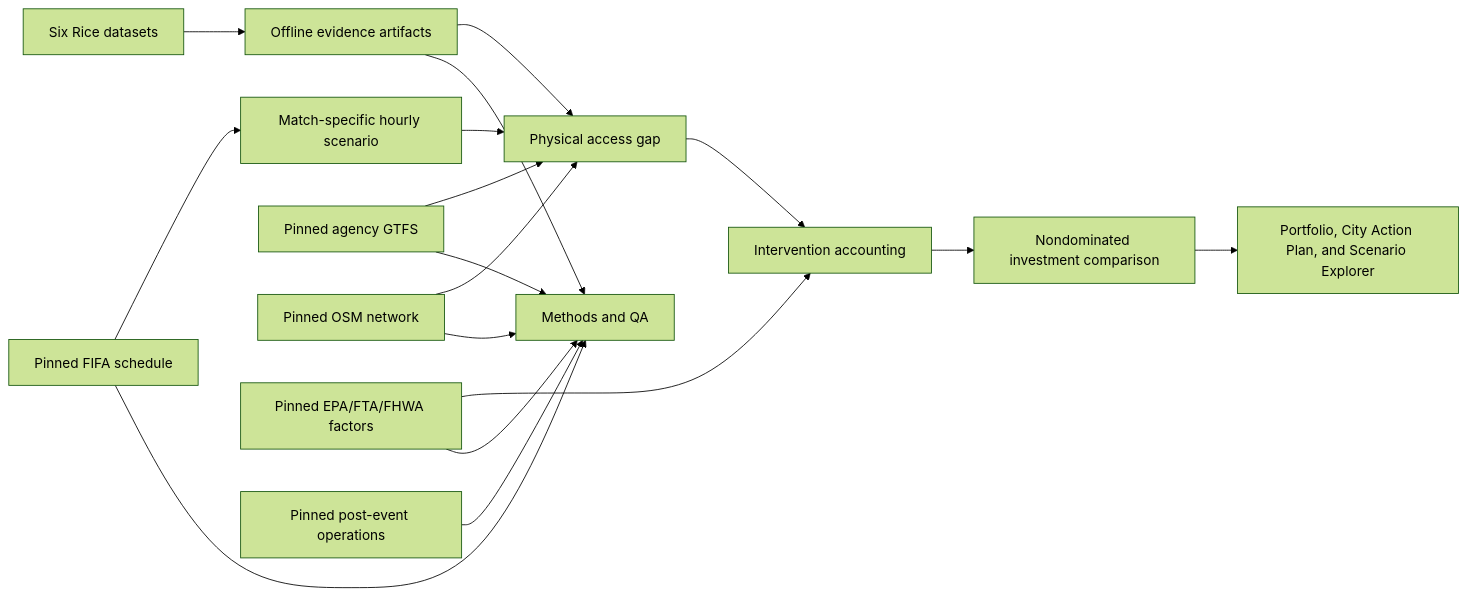
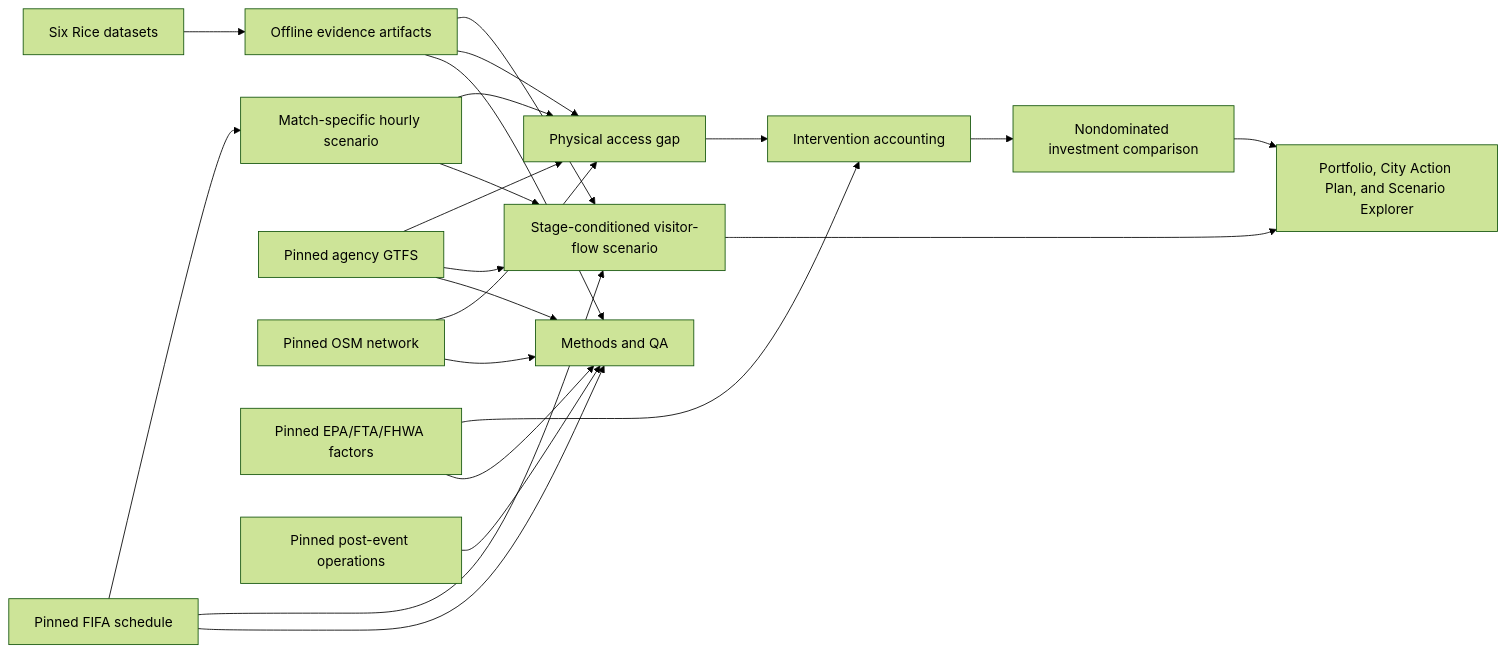
One commit to Wei-Ping-Lam/mobility-platform changed the diagram in docs/METHODOLOGY.md. Above: the diagram before and after it, drawn with Mermaid (forest theme). The commit also changed other lines of this file and 27 other files, not shown here.

Commit message:
feat(dashboard): add World Cup visitor flow forecasts

````diff
--- a/docs/METHODOLOGY.md
+++ b/docs/METHODOLOGY.md
@@ -15,19 +15,24 @@
 ```mermaid
 flowchart LR
   R[Six Rice datasets] --> E[Offline evidence artifacts]
   F[Pinned FIFA schedule] --> M[Match-specific hourly scenario]
+  F --> V[Stage-conditioned visitor-flow scenario]
   G[Pinned agency GTFS] --> A[Physical access gap]
+  G --> V
   O[Pinned OSM network] --> A
+  E --> V
   E --> A
   M --> A
+  M --> V
   X[Pinned EPA/FTA/FHWA factors] --> I[Intervention accounting]
   D[Pinned post-event operations] --> Q[Methods and QA]
   A --> I
+  V --> U
   I --> P[Nondominated investment comparison]
   E --> Q[Methods and QA]
   F --> Q
   G --> Q
   O --> Q
   X --> Q
   P --> U[Portfolio, City Action Plan, and Scenario Explorer]
 ```
````
